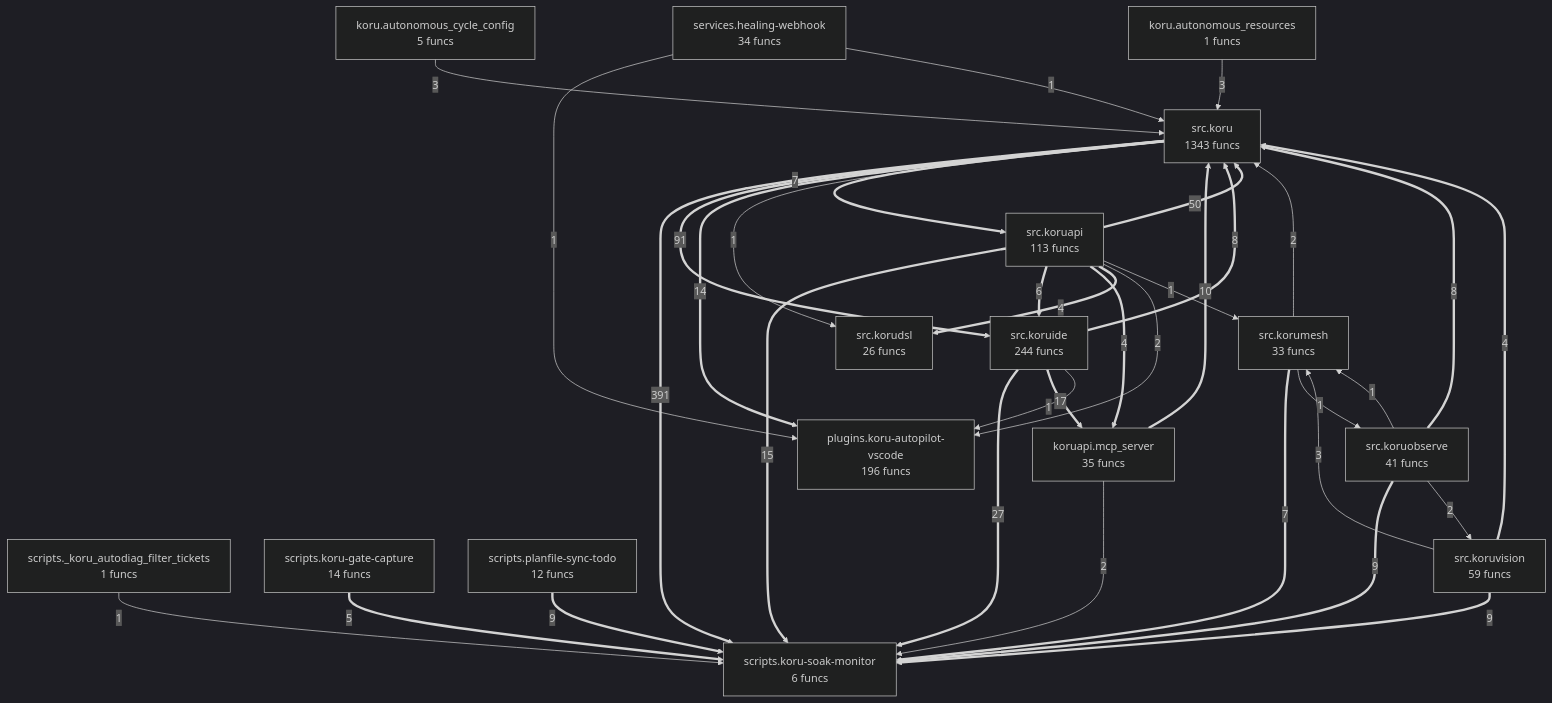
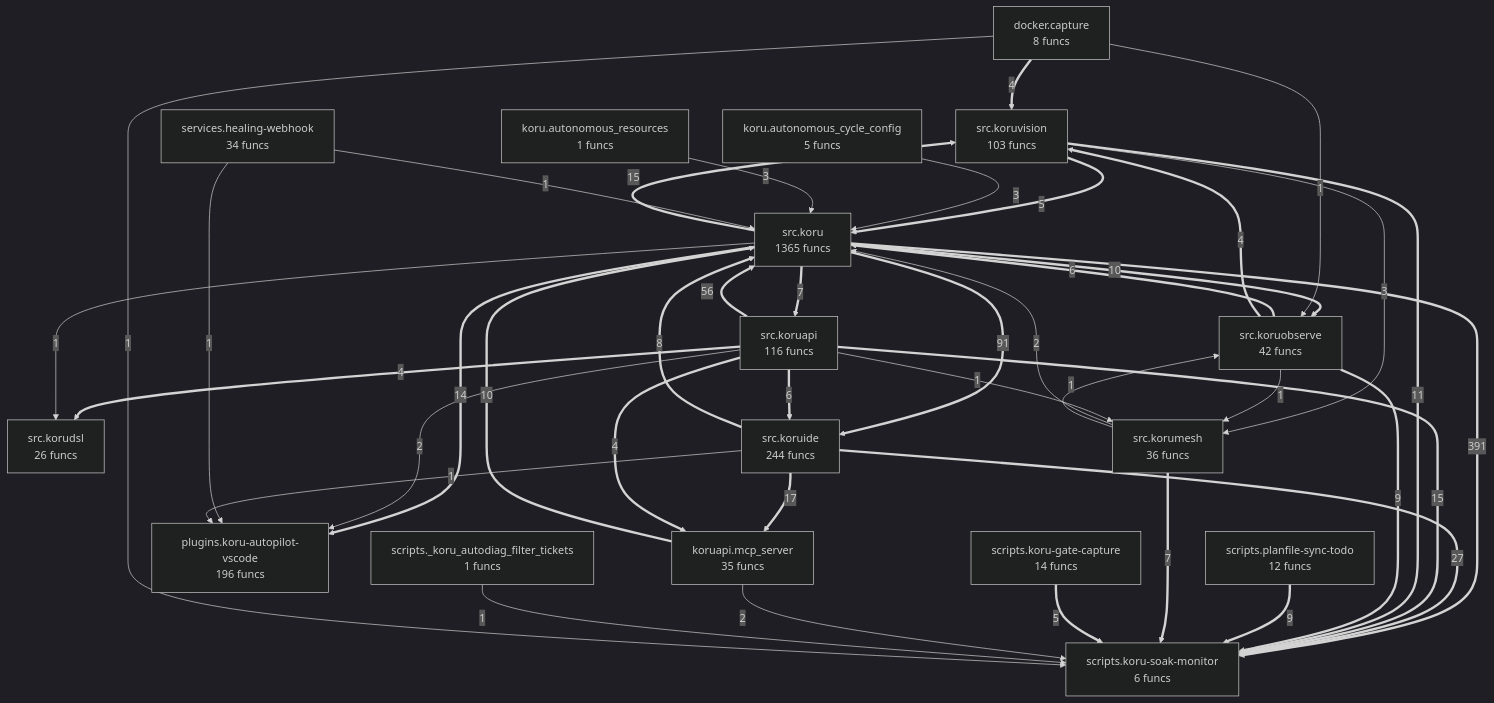
Before and after one commit to semcod/koru: the diagram in project/compact_flow.mmd, drawn with Mermaid (dark theme). The commit also changed 76 other files, not shown here.

```diff
--- a/project/compact_flow.mmd
+++ b/project/compact_flow.mmd
@@ -1,53 +1,59 @@
 flowchart TD
-%% generated in 0.07s
+%% generated in 0.12s
+    docker__capture["docker.capture<br/>8 funcs"]
     koru__autonomous_cycle_config["koru.autonomous_cycle_config<br/>5 funcs"]
     koru__autonomous_resources["koru.autonomous_resources<br/>1 funcs"]
     koruapi__mcp_server["koruapi.mcp_server<br/>35 funcs"]
     plugins__koru_autopilot_vscode["plugins.koru-autopilot-vscode<br/>196 funcs"]
     scripts___koru_autodiag_filter_tickets["scripts._koru_autodiag_filter_tickets<br/>1 funcs"]
     scripts__koru_gate_capture["scripts.koru-gate-capture<br/>14 funcs"]
     scripts__koru_soak_monitor["scripts.koru-soak-monitor<br/>6 funcs"]
     scripts__planfile_sync_todo["scripts.planfile-sync-todo<br/>12 funcs"]
     services__healing_webhook["services.healing-webhook<br/>34 funcs"]
-    src__koru["src.koru<br/>1343 funcs"]
-    src__koruapi["src.koruapi<br/>113 funcs"]
+    src__koru["src.koru<br/>1365 funcs"]
+    src__koruapi["src.koruapi<br/>116 funcs"]
     src__korudsl["src.korudsl<br/>26 funcs"]
     src__koruide["src.koruide<br/>244 funcs"]
-    src__korumesh["src.korumesh<br/>33 funcs"]
-    src__koruobserve["src.koruobserve<br/>41 funcs"]
-    src__koruvision["src.koruvision<br/>59 funcs"]
+    src__korumesh["src.korumesh<br/>36 funcs"]
+    src__koruobserve["src.koruobserve<br/>42 funcs"]
+    src__koruvision["src.koruvision<br/>103 funcs"]
     src__koru ==>|391| scripts__koru_soak_monitor
     src__koru ==>|91| src__koruide
-    src__koruapi ==>|50| src__koru
+    src__koruapi ==>|56| src__koru
     src__koruide ==>|27| scripts__koru_soak_monitor
     src__koruide ==>|17| koruapi__mcp_server
     src__koruapi ==>|15| scripts__koru_soak_monitor
+    src__koru ==>|15| src__koruvision
     src__koru ==>|14| plugins__koru_autopilot_vscode
+    src__koruvision ==>|11| scripts__koru_soak_monitor
     koruapi__mcp_server ==>|10| src__koru
+    src__koru ==>|10| src__koruobserve
+    src__koruobserve ==>|9| scripts__koru_soak_monitor
     scripts__planfile_sync_todo ==>|9| scripts__koru_soak_monitor
-    src__koruobserve ==>|9| scripts__koru_soak_monitor
-    src__koruvision ==>|9| scripts__koru_soak_monitor
     src__koruide ==>|8| src__koru
-    src__koruobserve ==>|8| src__koru
+    src__korumesh ==>|7| scripts__koru_soak_monitor
     src__koru ==>|7| src__koruapi
-    src__korumesh ==>|7| scripts__koru_soak_monitor
+    src__koruobserve ==>|6| src__koru
     src__koruapi ==>|6| src__koruide
+    src__koruvision ==>|5| src__koru
     scripts__koru_gate_capture ==>|5| scripts__koru_soak_monitor
+    src__koruobserve ==>|4| src__koruvision
     src__koruapi ==>|4| koruapi__mcp_server
     src__koruapi ==>|4| src__korudsl
-    src__koruvision ==>|4| src__koru
+    docker__capture ==>|4| src__koruvision
+    src__koruvision -->|3| src__korumesh
     koru__autonomous_cycle_config -->|3| src__koru
     koru__autonomous_resources -->|3| src__koru
-    src__koruvision -->|3| src__korumesh
     src__koruapi -->|2| plugins__koru_autopilot_vscode
     koruapi__mcp_server -->|2| scripts__koru_soak_monitor
-    src__koruobserve -->|2| src__koruvision
     src__korumesh -->|2| src__koru
     services__healing_webhook -->|1| plugins__koru_autopilot_vscode
     services__healing_webhook -->|1| src__koru
-    src__koruide -->|1| plugins__koru_autopilot_vscode
-    scripts___koru_autodiag_filter_tickets -->|1| scripts__koru_soak_monitor
     src__koruobserve -->|1| src__korumesh
     src__korumesh -->|1| src__koruobserve
+    src__koruide -->|1| plugins__koru_autopilot_vscode
     src__koru -->|1| src__korudsl
+    scripts___koru_autodiag_filter_tickets -->|1| scripts__koru_soak_monitor
     src__koruapi -->|1| src__korumesh
+    docker__capture -->|1| src__koruobserve
+    docker__capture -->|1| scripts__koru_soak_monitor
```
